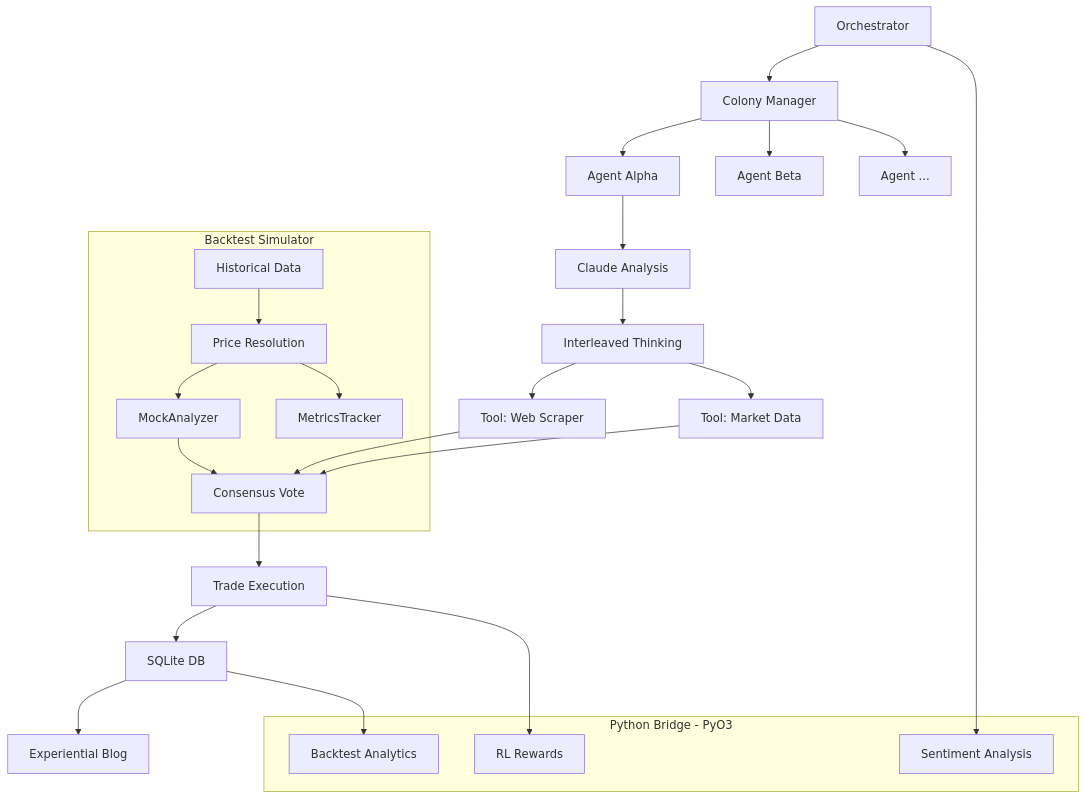
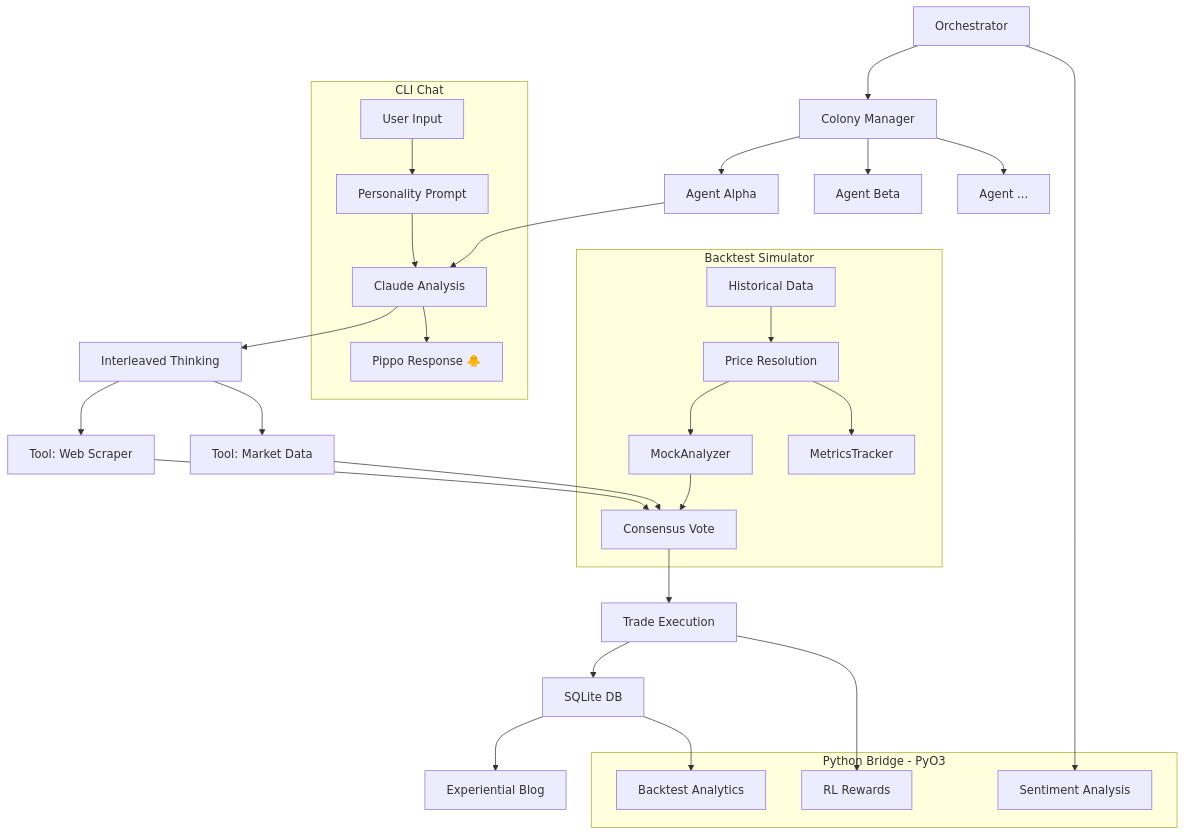
The diagram in README.md (imsarthakshrma/Pippo_AI), drawn with Mermaid before and after one commit. The commit also changed other lines of this file and 1 other file, not shown here.

First line of the commit message:
docs: add Pippo Chat section to README + wire dotenv loading

````diff
--- a/README.md
+++ b/README.md
@@ -82,33 +95,39 @@
 ```mermaid
 graph TD
     A[Orchestrator] --> B[Colony Manager]
     B --> C[Agent Alpha]
     B --> D[Agent Beta]
     B --> E[Agent ...]
     C --> F[Claude Analysis]
     F --> G[Interleaved Thinking]
     G --> H[Tool: Web Scraper]
     G --> I[Tool: Market Data]
     H --> J[Consensus Vote]
     I --> J
     J --> K[Trade Execution]
     K --> L[SQLite DB]
     L --> M[Experiential Blog]
 
-    subgraph Python Bridge - PyO3
+    subgraph "Python Bridge - PyO3"
         N[RL Rewards]
         O[Sentiment Analysis]
         P[Backtest Analytics]
     end
 
     K --> N
     A --> O
     L --> P
 
-    subgraph Backtest Simulator
+    subgraph "Backtest Simulator"
         Q[Historical Data] --> R[Price Resolution]
         R --> S[MockAnalyzer]
         S --> J
         R --> T[MetricsTracker]
     end
+
+    subgraph "CLI Chat"
+        U[User Input] --> V[Personality Prompt]
+        V --> F
+        F --> W["Pippo Response 🐥"]
+    end
 ```
````
